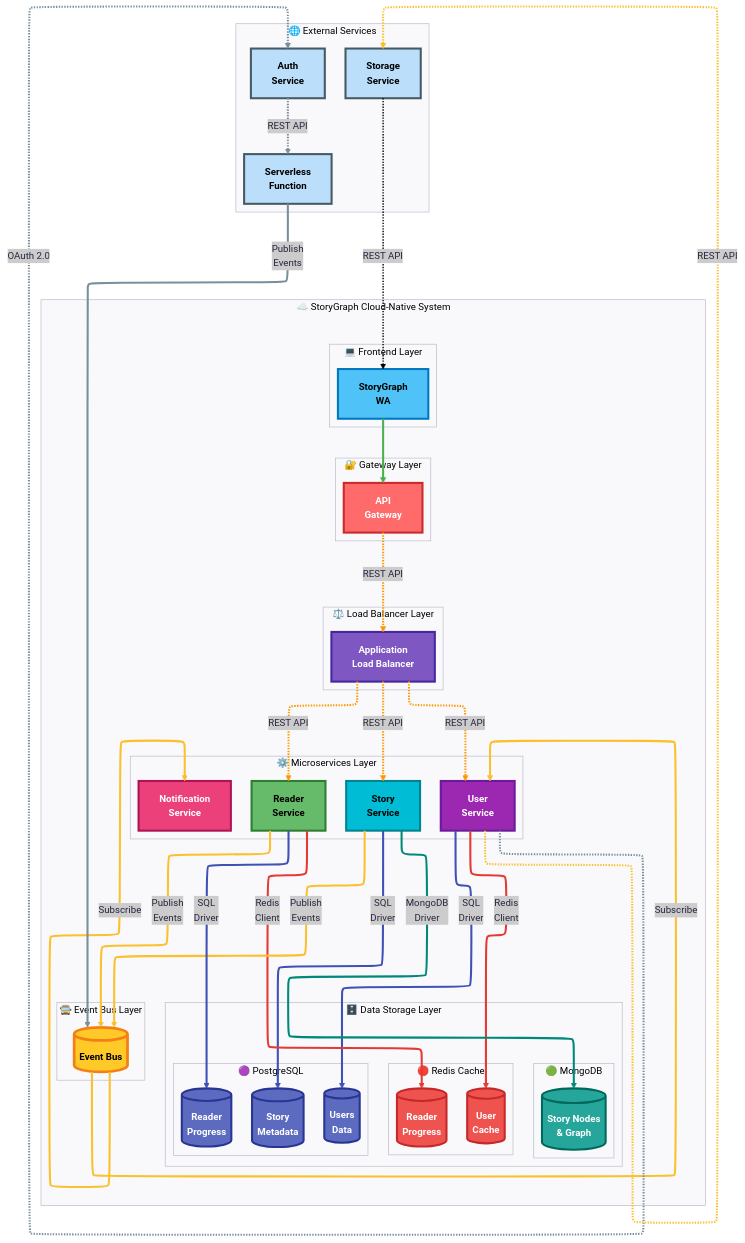
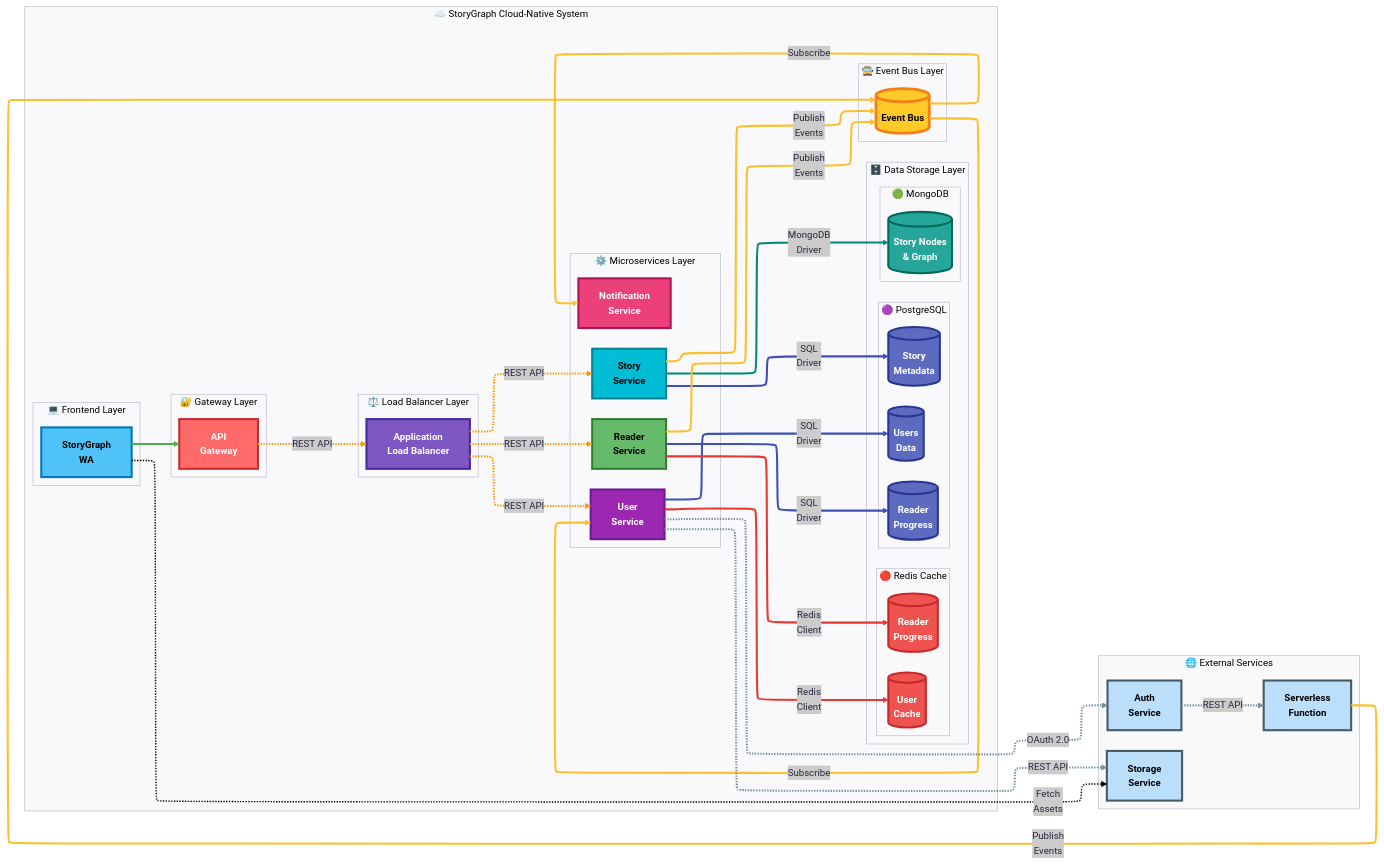
The diagram in diagrams/C&C_CHART.mmd (juclopezso/StoryGraph), drawn with Mermaid before and after one commit.

Commit message:
feat: cyc diagraman LR

```diff
--- a/diagrams/C&C_CHART.mmd
+++ b/diagrams/C&C_CHART.mmd
@@ -1,125 +1,126 @@
 ---
 config:
   layout: elk
   look: classic
   theme: redux
 ---
-flowchart TB
+flowchart LR
  subgraph Frontend["💻 Frontend Layer"]
         USER["StoryGraph<br>WA"]
   end
  subgraph Gateway["🔐 Gateway Layer"]
         APIGW["API<br>Gateway"]
   end
  subgraph LoadBalancer["⚖️ Load Balancer Layer"]
         ALB["Application<br>Load Balancer"]
   end
  subgraph Microservices["⚙️ Microservices Layer"]
         PROFILE["User<br>Service"]
         STORY["Story<br>Service"]
         READER["Reader<br>Service"]
         NOTIFICATION["Notification<br>Service"]
   end
  subgraph BusDriver["🚍 Event Bus Layer"]
         READING[("Event Bus")]
   end
  subgraph SQLDB["🟣 PostgreSQL"]
         SQLAUTH[("Users<br>Data")]
         SQLMETA[("Story<br>Metadata")]
         SQLPROGRESS[("Reader<br> Progress")]
   end
  subgraph NoSQLDBCluster["🟢 MongoDB"]
         NoSQLSTORY[("Story Nodes<br>&amp; Graph")]
   end
  subgraph RedisCluster["🔴 Redis Cache"]
         REDISPROGRESS[("Reader<br>Progress")]
         REDISUSER[("User<br>Cache")]
   end
  subgraph Databases["🗄️ Data Storage Layer"]
         SQLDB
         NoSQLDBCluster
         RedisCluster
   end
- subgraph Externos["🌐 External Services"]
-        OAUTH["Auth<br>Service"]
-        n2["Storage<br>Service"]
-        n3["Serverless<br>Function"]
-  end
  subgraph Sistema["☁️ StoryGraph Cloud-Native System"]
         Frontend
         Gateway
         LoadBalancer
         Microservices
         BusDriver
         Databases
+  end
+ subgraph Externos["🌐 External Services"]
+        OAUTH["Auth<br>Service"]
+        n2["Storage<br>Service"]
+        n3["Serverless<br>Function"]
   end
     USER ==> APIGW
     APIGW -. REST API .-> ALB
     ALB -. REST API .-> PROFILE & STORY & READER
     PROFILE -- SQL <br> Driver --> SQLAUTH
     PROFILE -- Redis <br> Client --> REDISUSER
     STORY -- SQL <br> Driver --> SQLMETA
     STORY -- MongoDB <br> Driver --> NoSQLSTORY
     READER -- Redis <br> Client --> REDISPROGRESS
     STORY == Publish <br> Events ==> READING
     READER == Publish <br> Events ==> READING
     READING == Subscribe ==> NOTIFICATION
     READING == Subscribe ==> PROFILE
     PROFILE -. "OAuth 2.0" .-> OAUTH
     READER -- SQL <br> Driver --> SQLPROGRESS
     PROFILE -. REST API .-> n2
     n3 == Publish <br> Events ==> READING
     OAUTH -. REST API .-> n3
-    n2 -. REST API .-> USER
+    USER -. Fetch <br> Assets .-> n2
+    Databases ~~~ Externos
 
      USER:::frontend
      APIGW:::gateway
      ALB:::loadbalancer
      PROFILE:::authservice
      STORY:::storyservice
      READER:::coreservice
      NOTIFICATION:::notifservice
      READING:::eventbus
      SQLAUTH:::sqldb
      SQLMETA:::sqldb
      SQLPROGRESS:::sqldb
      NoSQLSTORY:::nosqldb
      REDISPROGRESS:::redisdb
      REDISUSER:::redisdb
      OAUTH:::external
      n2:::external
      n3:::external
     classDef frontend fill:#4FC3F7,stroke:#0277BD,stroke-width:3px,color:#000000,font-weight:bold
     classDef gateway fill:#FF6B6B,stroke:#C92A2A,stroke-width:3px,color:#FFFFFF,font-weight:bold
     classDef authservice fill:#9C27B0,stroke:#6A1B9A,stroke-width:3px,color:#FFFFFF,font-weight:bold
     classDef coreservice fill:#66BB6A,stroke:#2E7D32,stroke-width:3px,color:#000000,font-weight:bold
     classDef storyservice fill:#00BCD4,stroke:#00838F,stroke-width:3px,color:#000000,font-weight:bold
     classDef notifservice fill:#EC407A,stroke:#AD1457,stroke-width:3px,color:#FFFFFF,font-weight:bold
     classDef loadbalancer fill:#7E57C2,stroke:#4527A0,stroke-width:3px,color:#FFFFFF,font-weight:bold
     classDef eventbus fill:#FFCA28,stroke:#F57F17,stroke-width:4px,color:#000000,font-weight:bold
     classDef sqldb fill:#5C6BC0,stroke:#283593,stroke-width:3px,color:#FFFFFF,font-weight:bold
     classDef nosqldb fill:#26A69A,stroke:#00695C,stroke-width:3px,color:#FFFFFF,font-weight:bold
     classDef redisdb fill:#EF5350,stroke:#C62828,stroke-width:3px,color:#FFFFFF,font-weight:bold
     classDef external fill:#90A4AE,stroke:#455A64,stroke-width:3px,color:#000000,font-weight:bold
     style OAUTH fill:#BBDEFB
     style n2 fill:#BBDEFB
     style n3 fill:#BBDEFB
     linkStyle 0 stroke:#4CAF50,stroke-width:3px,color:#000000,fill:none
     linkStyle 1 stroke:#FF9800,stroke-width:3px,fill:none
     linkStyle 2 stroke:#FF9800,stroke-width:3px,fill:none
     linkStyle 3 stroke:#FF9800,stroke-width:3px,fill:none
     linkStyle 4 stroke:#FF9800,stroke-width:3px,fill:none
     linkStyle 5 stroke:#3F51B5,stroke-width:3px,fill:none
     linkStyle 6 stroke:#E53935,stroke-width:3px,fill:none
     linkStyle 7 stroke:#3F51B5,stroke-width:3px,fill:none
     linkStyle 8 stroke:#00897B,stroke-width:3px,fill:none
     linkStyle 9 stroke:#E53935,stroke-width:3px,fill:none
     linkStyle 10 stroke:#FBC02D,stroke-width:3px,fill:none
     linkStyle 11 stroke:#FBC02D,stroke-width:3px,fill:none
     linkStyle 12 stroke:#FBC02D,stroke-width:3px,fill:none
     linkStyle 13 stroke:#FBC02D,stroke-width:3px,fill:none
     linkStyle 14 stroke:#78909C,stroke-width:3px,fill:none
     linkStyle 15 stroke:#3F51B5,stroke-width:3px,fill:none
-    linkStyle 16 stroke:#FBC02D,stroke-width:3px,fill:none
-    linkStyle 17 stroke:#78909C,stroke-width:3px,fill:none
+    linkStyle 16 stroke:#78909C,stroke-width:3px,fill:none
+    linkStyle 17 stroke:#FBC02D,stroke-width:3px,fill:none
     linkStyle 18 stroke:#78909C,stroke-width:3px,fill:none
```
